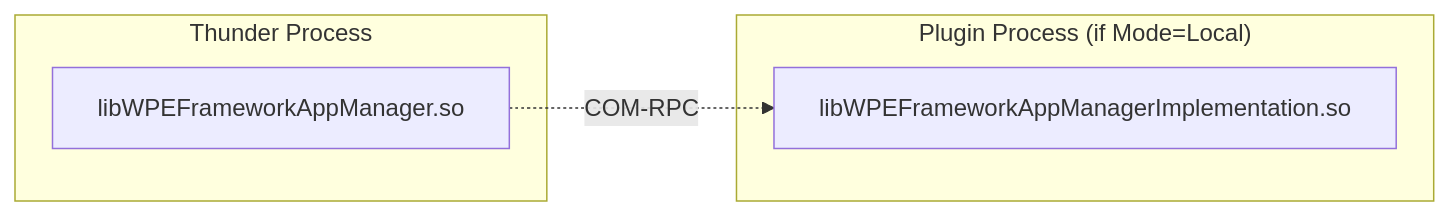
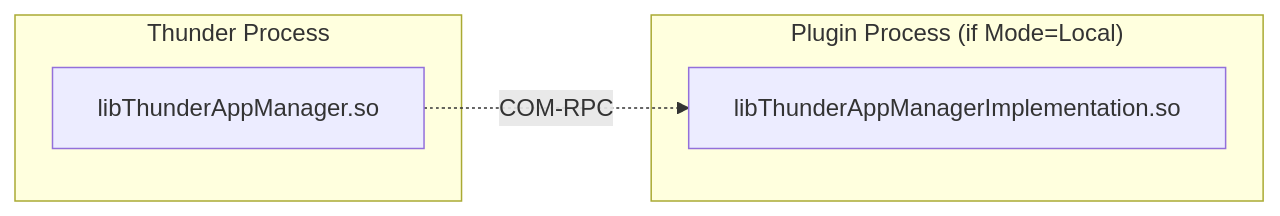
The eighth of 8 diagrams in AppManager/AppManager.md (rdkcentral/entservices-appmanagers), drawn with Mermaid before and after one commit. The commit also changed other lines of this file and 255 other files, not shown here.

````diff
--- a/AppManager/AppManager.md
+++ b/AppManager/AppManager.md
@@ -496,12 +496,12 @@
 ```mermaid
 graph LR
     subgraph "Thunder Process"
-        Shell[libWPEFrameworkAppManager.so]
+        Shell[libThunderAppManager.so]
     end
 
     subgraph "Plugin Process (if Mode=Local)"
-        Impl[libWPEFrameworkAppManagerImplementation.so]
+        Impl[libThunderAppManagerImplementation.so]
     end
 
     Shell -.->|COM-RPC| Impl
 ```
````
